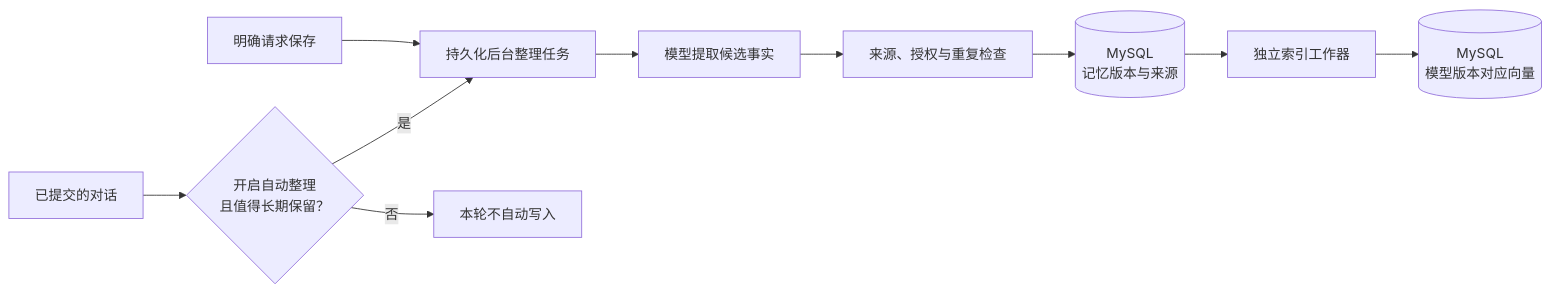
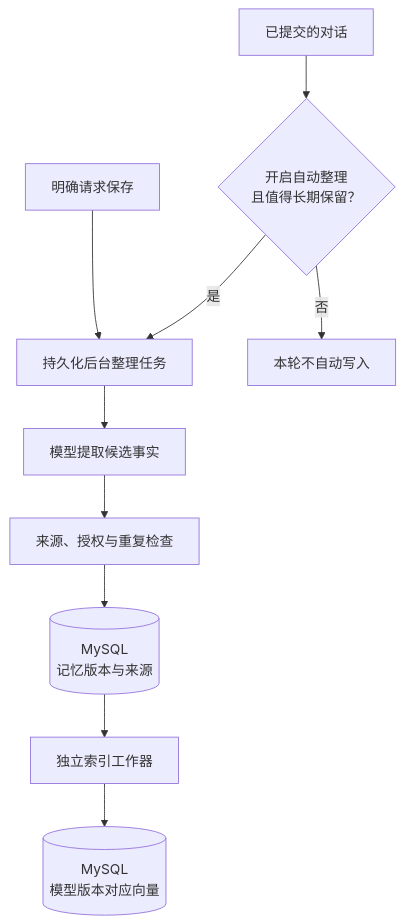
The fifth of 6 diagrams in README.md (NBSW002/Tianmu), drawn with Mermaid before and after one commit. The commit also changed other lines of this file, not shown here.

Commit message:
调整架构图为纵向并重画后端链路

````diff
--- a/README.md
+++ b/README.md
@@ -224,12 +150,12 @@
 ```mermaid
-flowchart LR
+flowchart TB
     Message["已提交的对话"] --> Eligible{"开启自动整理<br/>且值得长期保留？"}
     Explicit["明确请求保存"] --> Job["持久化后台整理任务"]
     Eligible -->|是| Job
     Eligible -->|否| End["本轮不自动写入"]
     Job --> Extract["模型提取候选事实"]
     Extract --> Validate["来源、授权与重复检查"]
     Validate --> Revision[("MySQL<br/>记忆版本与来源")]
     Revision --> Index["独立索引工作器"]
     Index --> Vector[("MySQL<br/>模型版本对应向量")]
 ```
````
